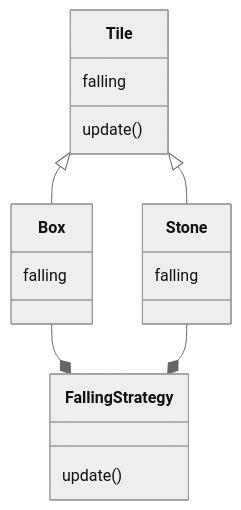
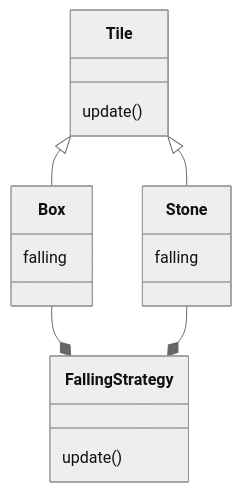
Before and after one commit to NoobTechNote/NoobTechNote.github.io: the second of 4 diagrams in docs/sg/five-lines-of-code/ch5.mdx, drawn with Mermaid (neutral theme). The commit also changed other lines of this file, not shown here.

````diff
--- a/docs/sg/five-lines-of-code/ch5.mdx
+++ b/docs/sg/five-lines-of-code/ch5.mdx
@@ -790,21 +790,20 @@
 ```mermaid
 classDiagram
   class Tile
-    Tile: falling
     Tile: update()
 
   class Stone
     Stone: falling
 
   class Box
     Box: falling
 
   Tile <|-- Stone
   Tile <|-- Box
 
   class FallingStrategy
     FallingStrategy: update()
 
   Box --* FallingStrategy
   Stone --* FallingStrategy
 ```
````
